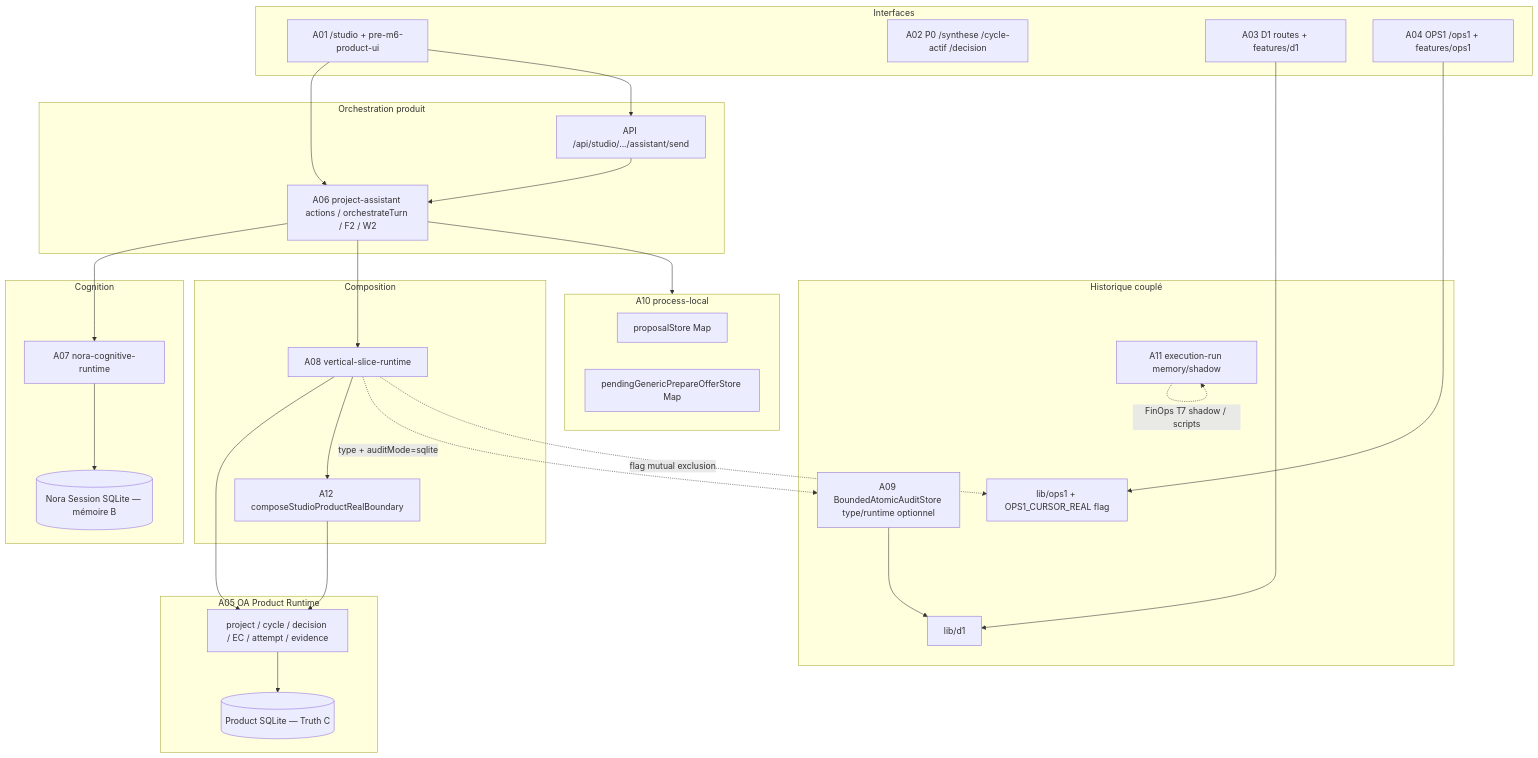
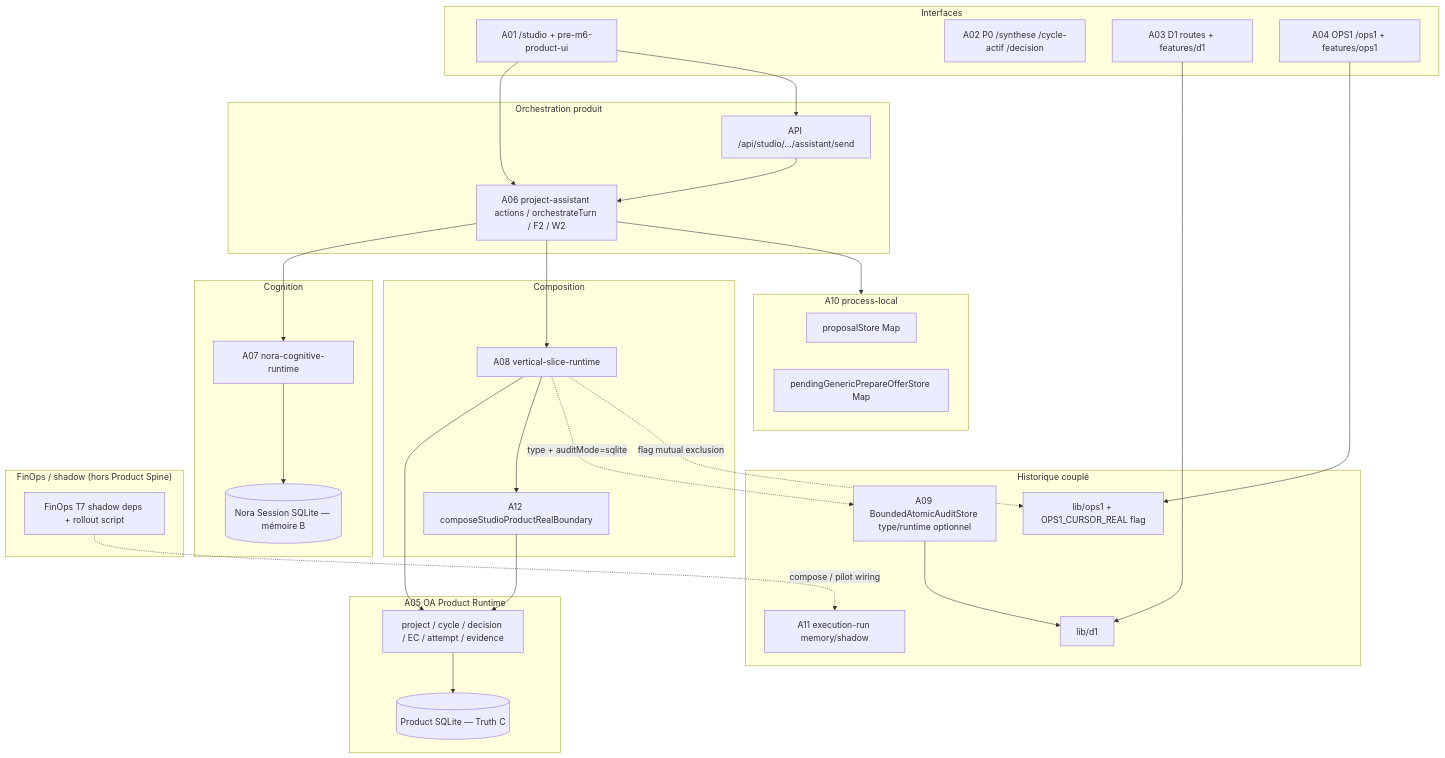
One commit to mcleland147/sfia-workspace changed the diagram in sfia-review-handoff/latest-chatgpt-review.md. Above: the diagram before and after it, drawn with Mermaid. The commit also changed other lines of this file, not shown here.

````diff
--- a/sfia-review-handoff/latest-chatgpt-review.md
+++ b/sfia-review-handoff/latest-chatgpt-review.md
@@ -209,59 +209,63 @@
 ```mermaid
 flowchart TB
   subgraph UI["Interfaces"]
     STU["A01 /studio + pre-m6-product-ui"]
     P0["A02 P0 /synthese /cycle-actif /decision"]
     D1R["A03 D1 routes + features/d1"]
     OPSR["A04 OPS1 /ops1 + features/ops1"]
   end
 
   subgraph ORCH["Orchestration produit"]
     PA["A06 project-assistant actions / orchestrateTurn / F2 / W2"]
     API["API /api/studio/.../assistant/send"]
   end
 
   subgraph COG["Cognition"]
     N["A07 nora-cognitive-runtime"]
     NDB[("Nora Session SQLite — mémoire B")]
   end
 
   subgraph COMP["Composition"]
     VSR["A08 vertical-slice-runtime"]
     REAL["A12 composeStudioProductRealBoundary"]
   end
 
   subgraph OA["A05 OA Product Runtime"]
     DOM["project / cycle / decision / EC / attempt / evidence"]
     PDB[("Product SQLite — Truth C")]
   end
 
   subgraph HIST["Historique couplé"]
     D1L["lib/d1"]
     BAA["A09 BoundedAtomicAuditStore type/runtime optionnel"]
     OPSL["lib/ops1 + OPS1_CURSOR_REAL flag"]
     ER["A11 execution-run memory/shadow"]
   end
 
+  subgraph FIN["FinOps / shadow (hors Product Spine)"]
+    F7["FinOps T7 shadow deps + rollout script"]
+  end
+
   subgraph TEMP["A10 process-local"]
     PS["proposalStore Map"]
     PO["pendingGenericPrepareOfferStore Map"]
   end
 
   STU --> PA
   STU --> API
   API --> PA
   PA --> N
   PA --> VSR
   PA --> TEMP
   N --> NDB
   VSR --> DOM
   VSR --> REAL
   REAL --> DOM
   DOM --> PDB
   VSR -.->|type + auditMode=sqlite| BAA
   BAA --> D1L
   D1R --> D1L
   OPSR --> OPSL
   VSR -.->|flag mutual exclusion| OPSL
-  ER -.->|FinOps T7 shadow / scripts| ER
+  F7 -.->|compose / pilot wiring| ER
 ```
````
